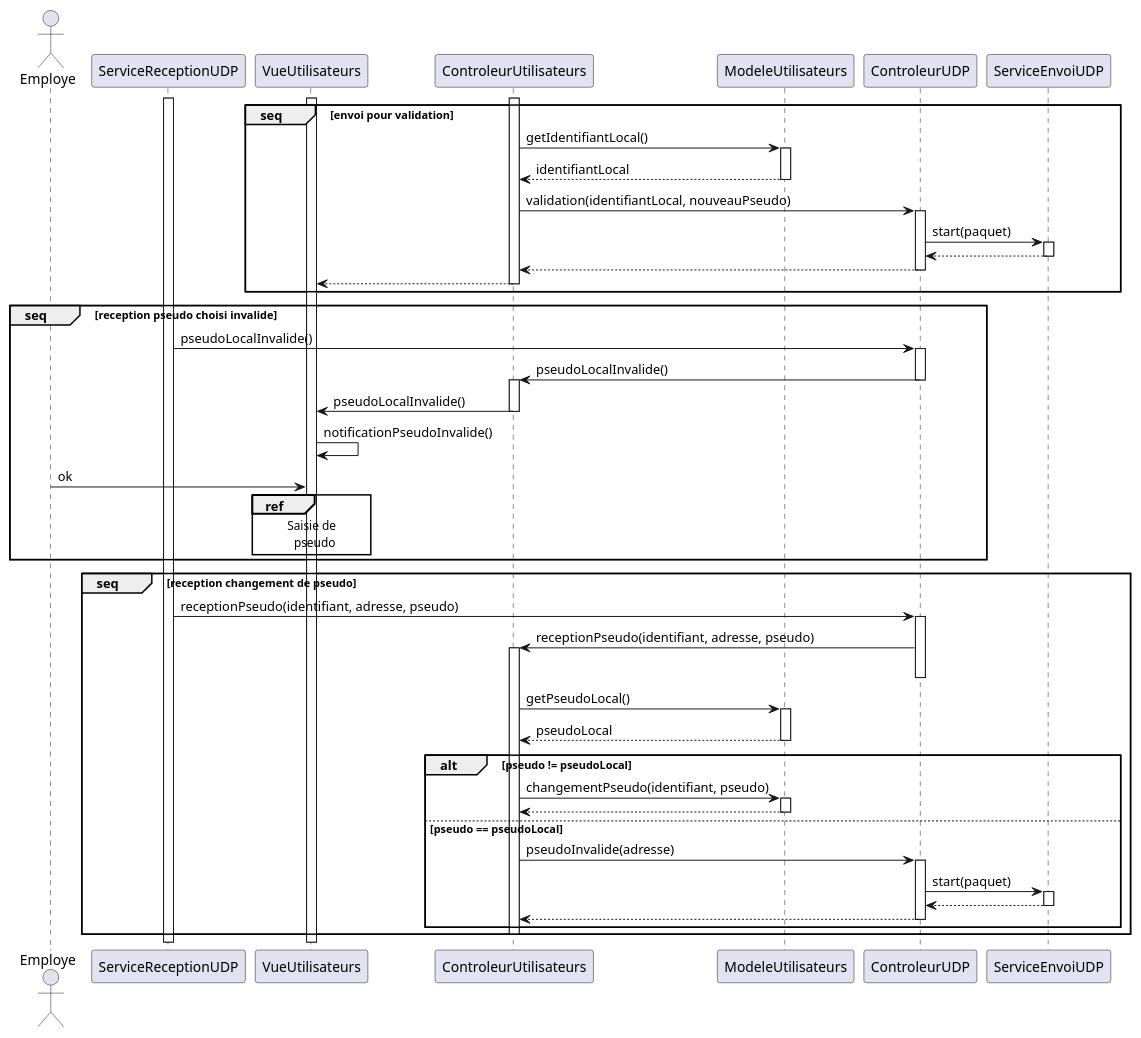
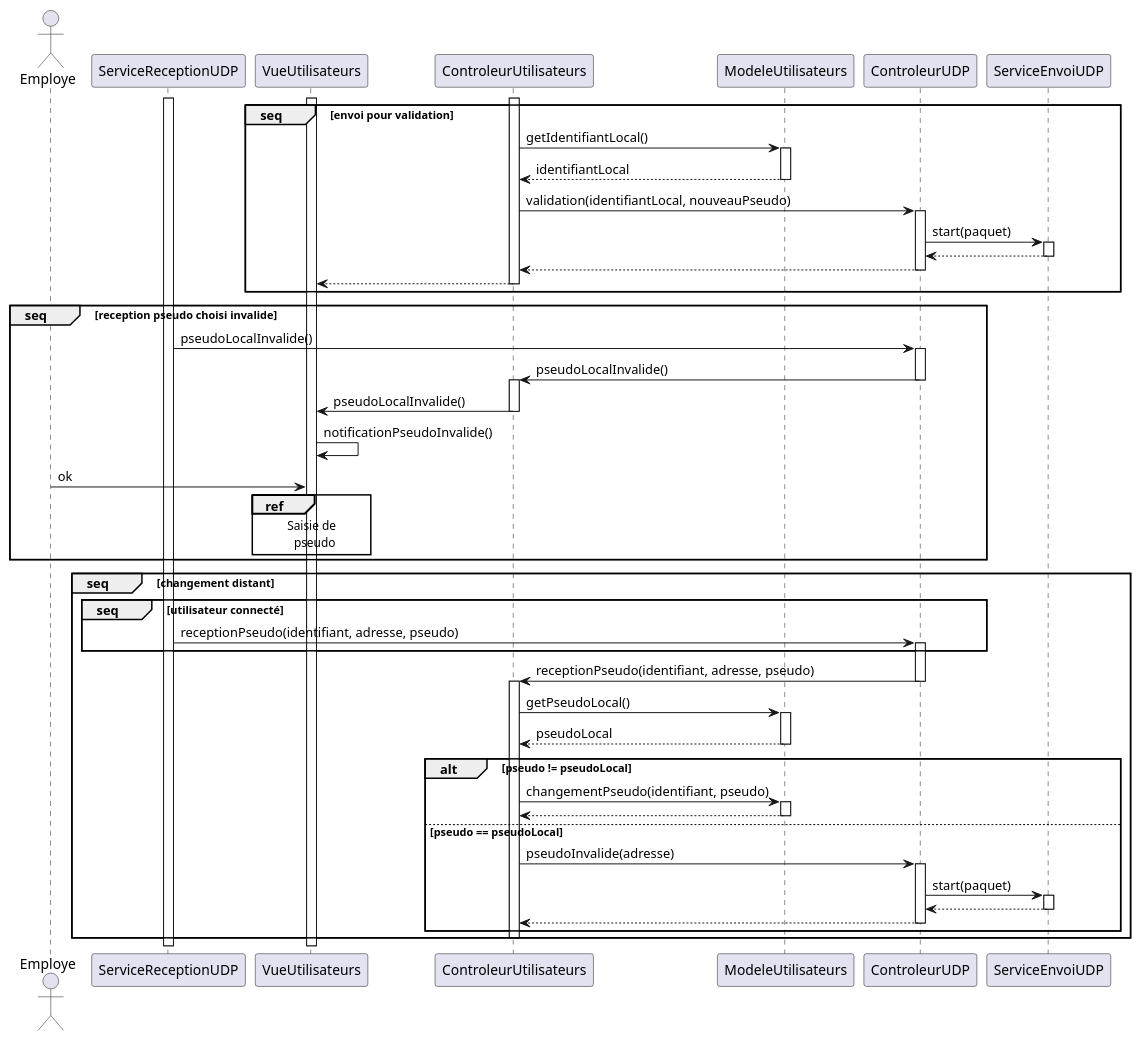
The diagram in sequence/validation_pseudo.wsd (arc-hugo/clavardage_uml), drawn with PlantUML before and after one commit. The commit also changed 1 other file, not shown here.

```diff
--- a/sequence/validation_pseudo.wsd
+++ b/sequence/validation_pseudo.wsd
@@ -1,64 +1,66 @@
 @startuml validation_pseudo
 actor Employe
 activate ServiceReceptionUDP
 activate VueUtilisateurs
 activate ControleurUtilisateurs
 group seq [envoi pour validation]
     ControleurUtilisateurs -> ModeleUtilisateurs : getIdentifiantLocal()
     activate ModeleUtilisateurs
     ModeleUtilisateurs --> ControleurUtilisateurs : identifiantLocal
     deactivate ModeleUtilisateurs
     ControleurUtilisateurs -> ControleurUDP : validation(identifiantLocal, nouveauPseudo)
     activate ControleurUDP
     ControleurUDP -> ServiceEnvoiUDP : start(paquet)
     activate ServiceEnvoiUDP
     ServiceEnvoiUDP --> ControleurUDP
     deactivate ServiceEnvoiUDP
     ControleurUDP --> ControleurUtilisateurs
     deactivate ControleurUDP
     ControleurUtilisateurs --> VueUtilisateurs
     deactivate ControleurUtilisateurs
 end
 group seq [reception pseudo choisi invalide]
     ServiceReceptionUDP -> ControleurUDP : pseudoLocalInvalide()
     activate ControleurUDP
     ControleurUDP -> ControleurUtilisateurs : pseudoLocalInvalide()
     deactivate ControleurUDP
     activate ControleurUtilisateurs
     ControleurUtilisateurs -> VueUtilisateurs : pseudoLocalInvalide()
     deactivate ControleurUtilisateurs
     VueUtilisateurs -> VueUtilisateurs : notificationPseudoInvalide()
     Employe -> VueUtilisateurs : ok
     ref over VueUtilisateurs
         Saisie de
           pseudo
     end ref
 end
-group seq [reception changement de pseudo]
-    ServiceReceptionUDP -> ControleurUDP : receptionPseudo(identifiant, adresse, pseudo)
-    activate ControleurUDP
+group seq [changement distant]
+    group seq [utilisateur connecté]
+        ServiceReceptionUDP -> ControleurUDP : receptionPseudo(identifiant, adresse, pseudo)
+        activate ControleurUDP
+    end
     ControleurUDP -> ControleurUtilisateurs : receptionPseudo(identifiant, adresse, pseudo)
+    deactivate ControleurUDP
     activate ControleurUtilisateurs
-    deactivate ControleurUDP
     ControleurUtilisateurs -> ModeleUtilisateurs : getPseudoLocal()
     activate ModeleUtilisateurs
     ModeleUtilisateurs --> ControleurUtilisateurs : pseudoLocal
     deactivate ModeleUtilisateurs
     alt pseudo != pseudoLocal
         ControleurUtilisateurs -> ModeleUtilisateurs : changementPseudo(identifiant, pseudo)
         activate ModeleUtilisateurs
         ModeleUtilisateurs --> ControleurUtilisateurs
         deactivate ModeleUtilisateurs
     else pseudo == pseudoLocal
         ControleurUtilisateurs -> ControleurUDP : pseudoInvalide(adresse)
         activate ControleurUDP
         ControleurUDP -> ServiceEnvoiUDP : start(paquet)
         activate ServiceEnvoiUDP
         ServiceEnvoiUDP --> ControleurUDP
         deactivate ServiceEnvoiUDP
         ControleurUDP --> ControleurUtilisateurs
         deactivate ControleurUDP 
     end
     deactivate ControleurUtilisateurs
 end
 @enduml
```
